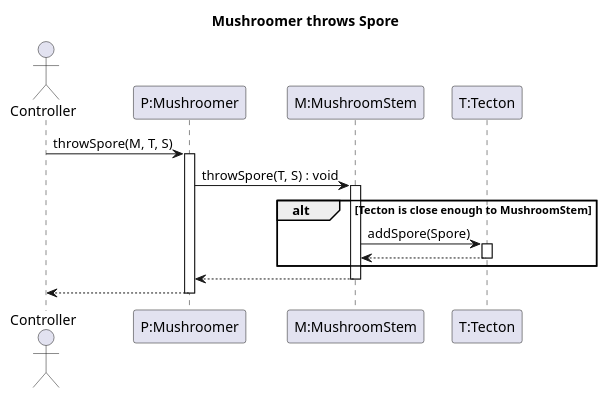
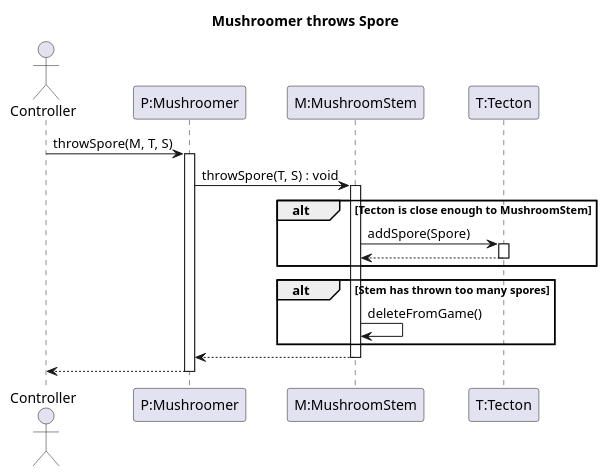
The diagram in 3/sequence/throwSpore.puml (Petya-G/fungorium), drawn with PlantUML before and after one commit. The commit also changed 1 other file, not shown here.

Commit message:
# remove stem if too many spores were thrown

```diff
--- a/3/sequence/throwSpore.puml
+++ b/3/sequence/throwSpore.puml
@@ -1,28 +1,33 @@
 @startuml throwSpore
 
 title Mushroomer throws Spore
 
 actor Controller
 participant "P:Mushroomer" as P
 participant "M:MushroomStem" as M
 participant "T:Tecton" as T
 
 Controller -> P : throwSpore(M, T, S)
 activate P
 
 P -> M: throwSpore(T, S) : void
 activate M
 alt Tecton is close enough to MushroomStem
 
 M -> T : addSpore(Spore)
 activate T
 T --> M
 deactivate T
 end
+
+alt Stem has thrown too many spores
+    M -> M : deleteFromGame()
+end
+
 M --> P
 deactivate M
 
 Controller <-- P
 deactivate P
 
 @enduml
```
